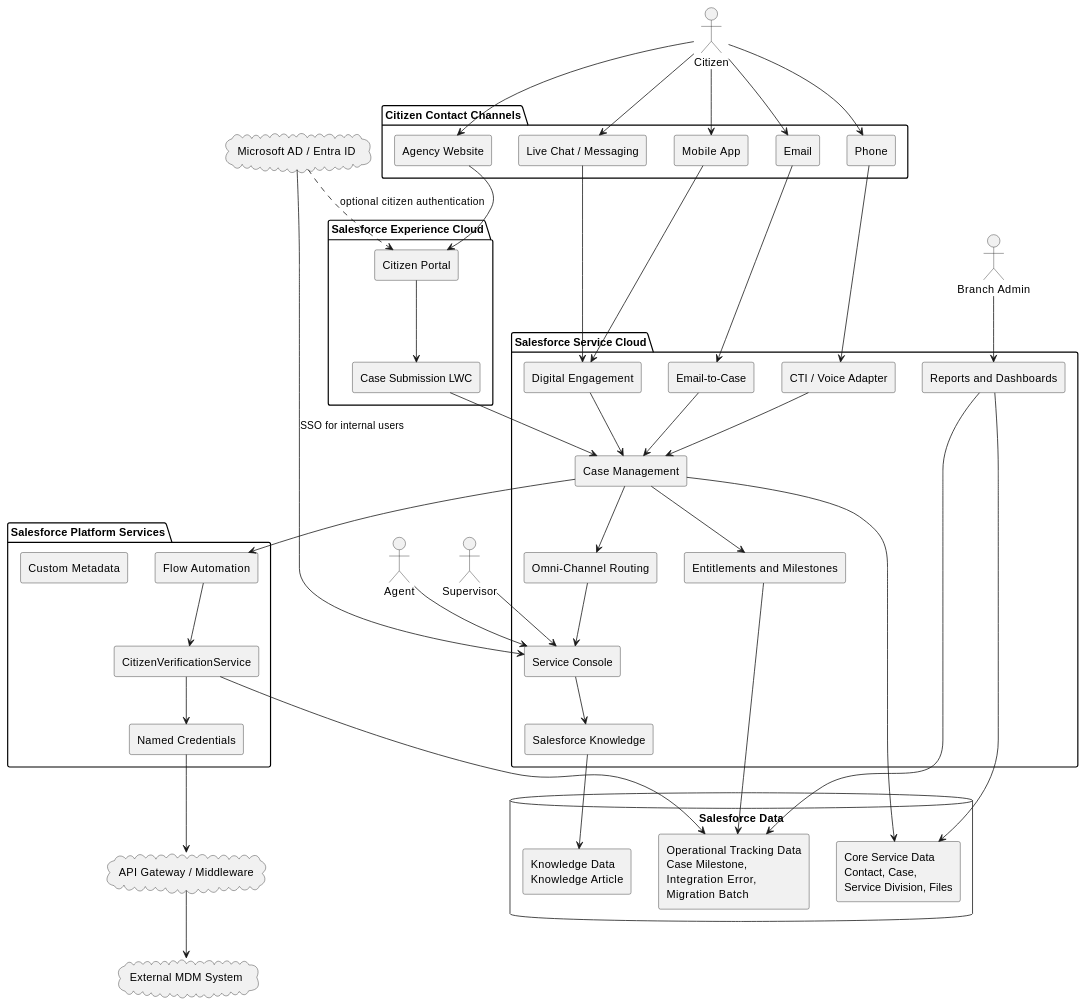
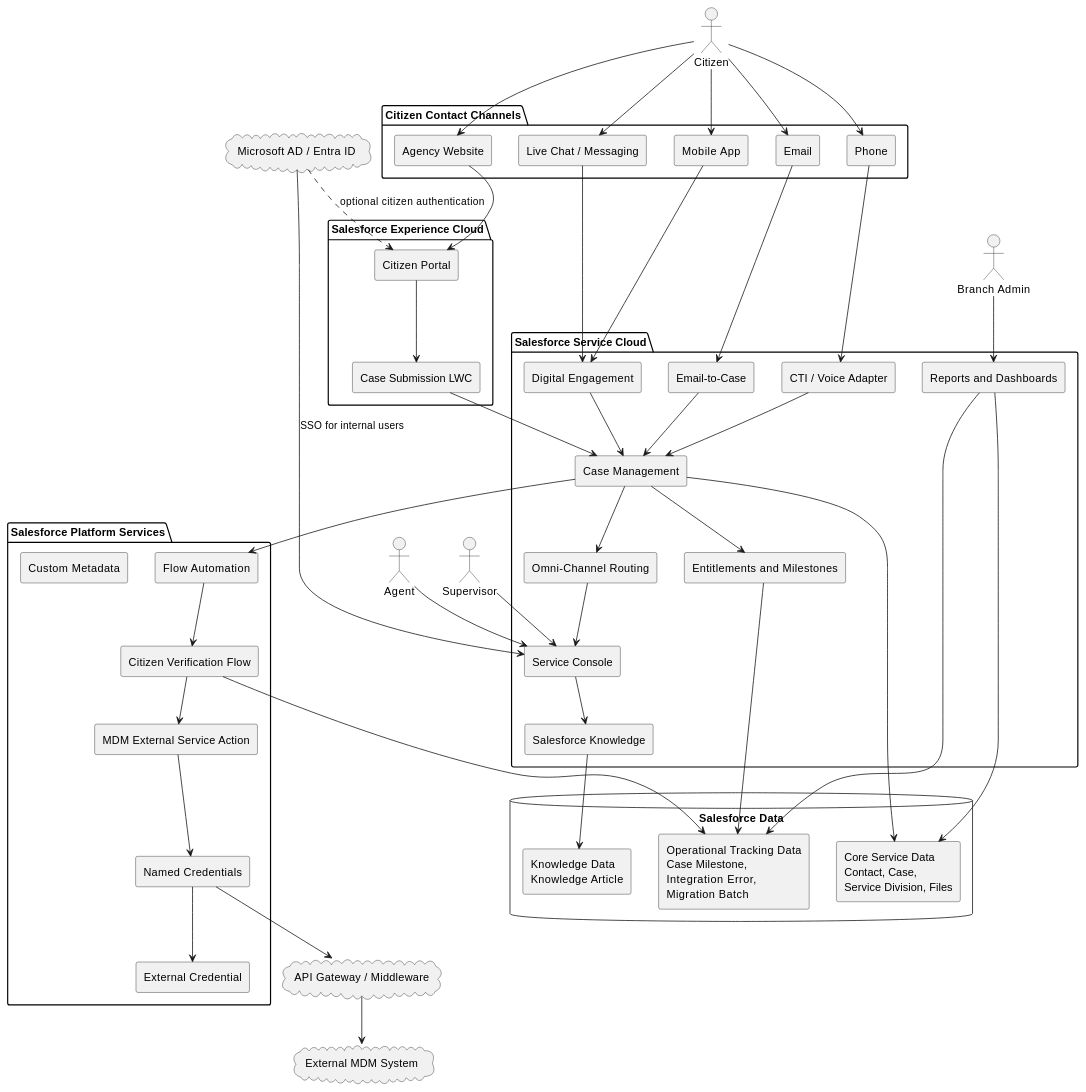
The second of 26 diagrams in doc/SADD Task 2.md (jimmytobing/virtusa), drawn with PlantUML before and after one commit. The commit also changed other lines of this file and 7 other files, not shown here.

```diff
--- a/doc/SADD Task 2.md
+++ b/doc/SADD Task 2.md
@@ -202,7 +203,9 @@
 
 package "Salesforce Platform Services" {
   [Flow Automation]
-  [CitizenVerificationService]
+  [Citizen Verification Flow]
+  [MDM External Service Action]
+  [External Credential]
   [Named Credentials]
   [Custom Metadata]
 }
@@ -239,15 +242,17 @@
 [Service Console] --> [Salesforce Knowledge]
 [Case Management] --> [Entitlements and Milestones]
 [Case Management] --> [Flow Automation]
-[Flow Automation] --> [CitizenVerificationService]
-[CitizenVerificationService] --> [Named Credentials]
+[Flow Automation] --> [Citizen Verification Flow]
+[Citizen Verification Flow] --> [MDM External Service Action]
+[MDM External Service Action] --> [Named Credentials]
+[Named Credentials] --> [External Credential]
 [Named Credentials] --> Gateway
 Gateway --> MDM
 
 [Case Management] --> CoreServiceData
 [Salesforce Knowledge] --> KnowledgeData
 [Entitlements and Milestones] --> OperationalTrackingData
-[CitizenVerificationService] --> OperationalTrackingData
+[Citizen Verification Flow] --> OperationalTrackingData
 [Reports and Dashboards] --> CoreServiceData
 [Reports and Dashboards] --> OperationalTrackingData
 
```
